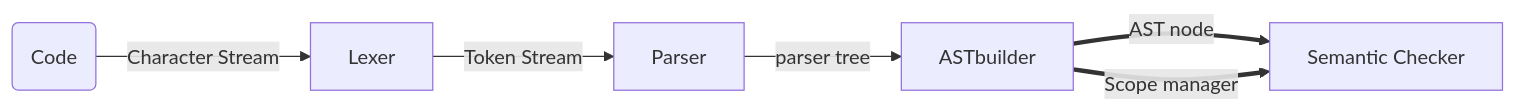
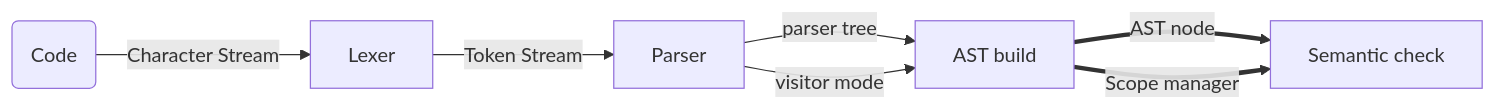
The third of 3 diagrams in README.md (Bariona/Compiler), drawn with Mermaid before and after one commit. The commit also changed 27 other files, not shown here.

````diff
--- a/README.md
+++ b/README.md
@@ -65,8 +65,9 @@
 ```mermaid
 graph LR
 I(Code)--Character Stream-->L[Lexer]
 L--Token Stream-->P[Parser]
-P--parser tree-->AB[ASTbuilder]
-AB==AST node==>S[Semantic Checker]
+P--parser tree-->AB[AST build]
+P--visitor mode-->AB[AST build]
+AB==AST node==>S[Semantic check]
 AB==Scope manager==>S
 ```
````
